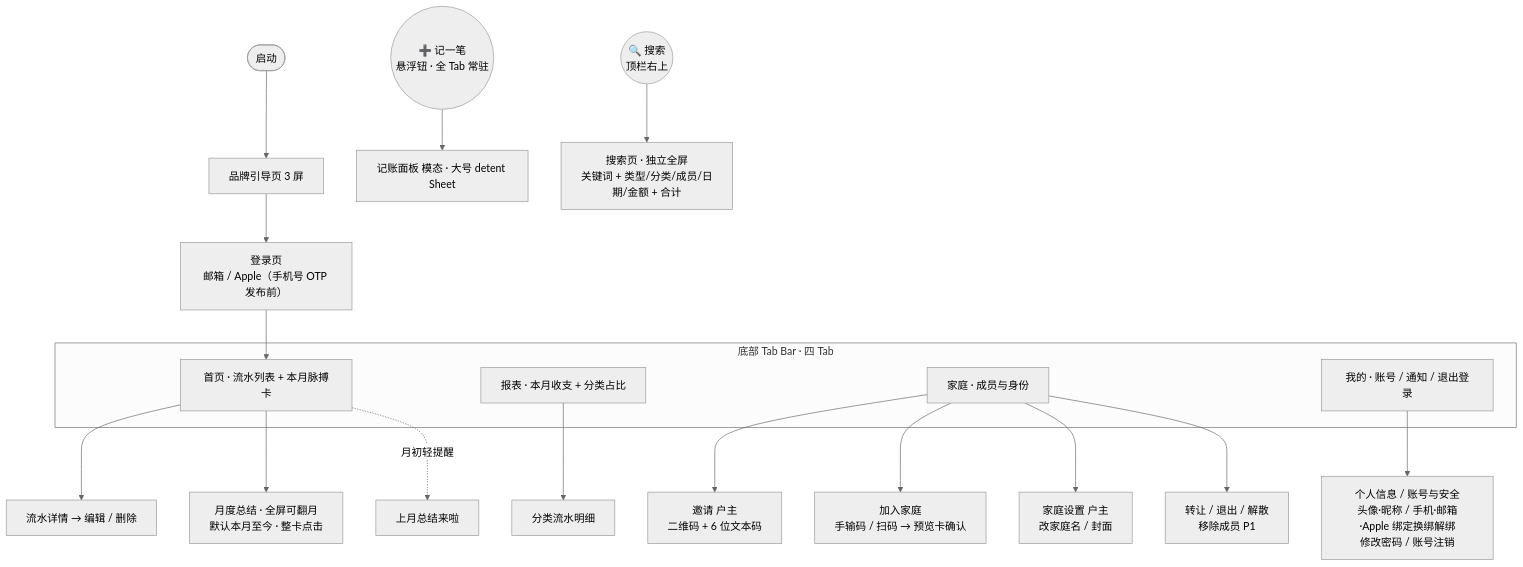
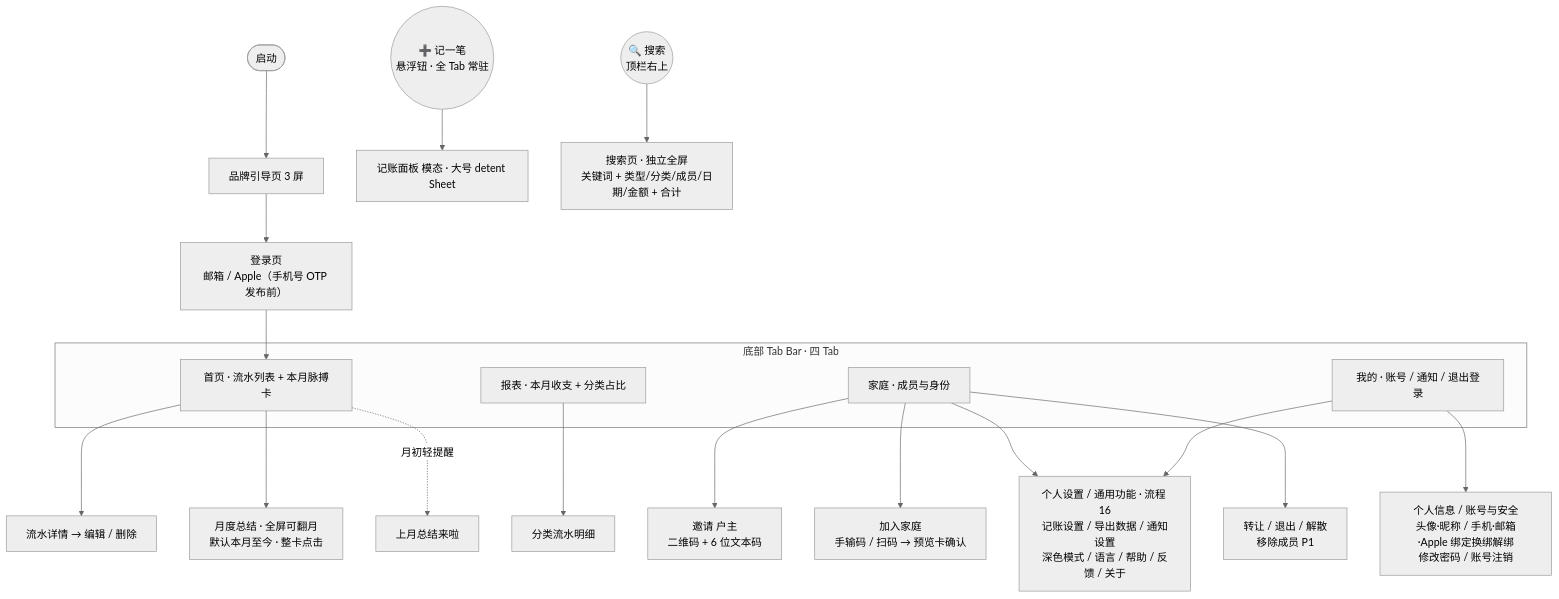
One commit to raochen0000/HomeBook changed the diagram in docs/IA.md. Above: the diagram before and after it, drawn with Mermaid (neutral theme). The commit also changed other lines of this file and 4 other files, not shown here.

````diff
--- a/docs/IA.md
+++ b/docs/IA.md
@@ -49,32 +49,33 @@
 ```mermaid
 flowchart TD
     Start([启动]) --> Guide[品牌引导页 3 屏]
     Guide --> Login[登录页<br/>邮箱 / Apple（手机号 OTP 发布前）]
     Login --> Home
 
     subgraph 主框架[底部 Tab Bar · 四 Tab]
       Home[首页 · 流水列表 + 本月脉搏卡]
       Report[报表 · 本月收支 + 分类占比]
       Family[家庭 · 成员与身份]
       Mine[我的 · 账号 / 通知 / 退出登录]
     end
 
     Add((➕ 记一笔<br/>悬浮钮 · 全 Tab 常驻))
     Search((🔍 搜索<br/>顶栏右上))
 
     Home --> Detail[流水详情 → 编辑 / 删除]
     Home --> Summary[月度总结 · 全屏可翻月<br/>默认本月至今 · 整卡点击]
     Home -.月初轻提醒.-> SummaryRemind[上月总结来啦]
 
     Add --> AddPanel[记账面板 模态 · 大号 detent Sheet]
     Search --> SearchPage[搜索页 · 独立全屏<br/>关键词 + 类型/分类/成员/日期/金额 + 合计]
 
     Report --> CatList[分类流水明细]
 
     Family --> Invite[邀请 户主<br/>二维码 + 6 位文本码]
     Family --> Join[加入家庭<br/>手输码 / 扫码 → 预览卡确认]
     Family --> Settings[家庭设置 户主<br/>改家庭名 / 封面]
     Family --> Manage[转让 / 退出 / 解散<br/>移除成员 P1]
 
     Mine --> Account[个人信息 / 账号与安全<br/>头像·昵称 / 手机·邮箱·Apple 绑定换绑解绑<br/>修改密码 / 账号注销]
+    Mine --> Settings[个人设置 / 通用功能 · 流程 16<br/>记账设置 / 导出数据 / 通知设置<br/>深色模式 / 语言 / 帮助 / 反馈 / 关于]
 ```
````
